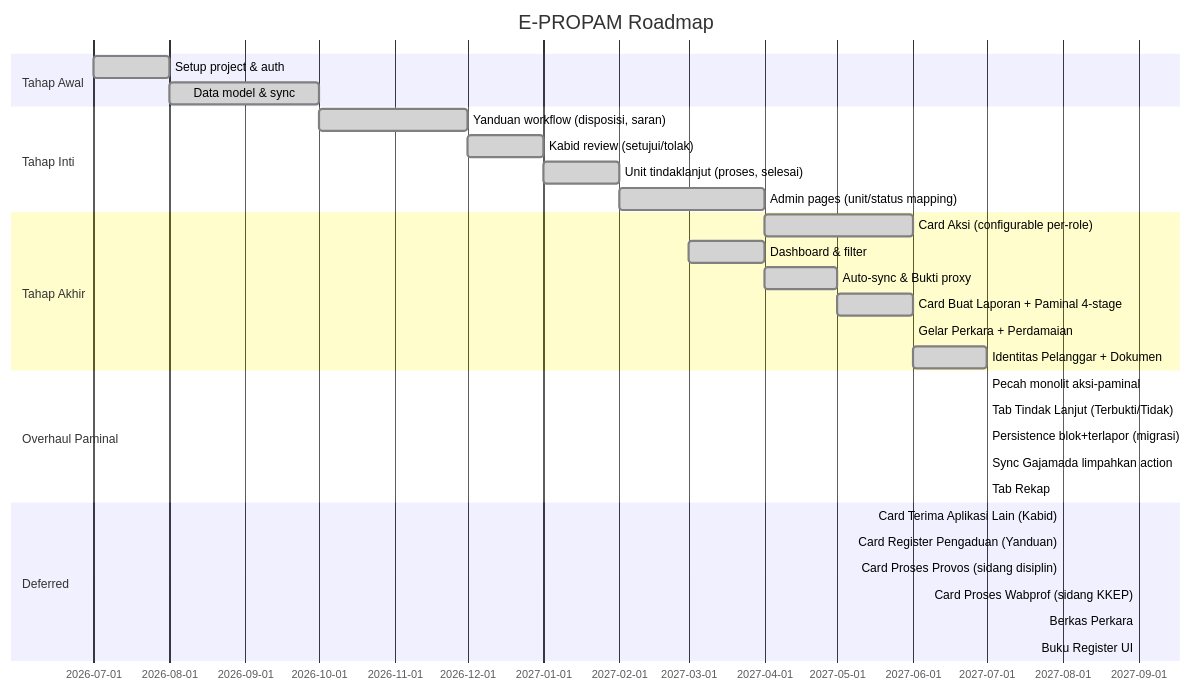
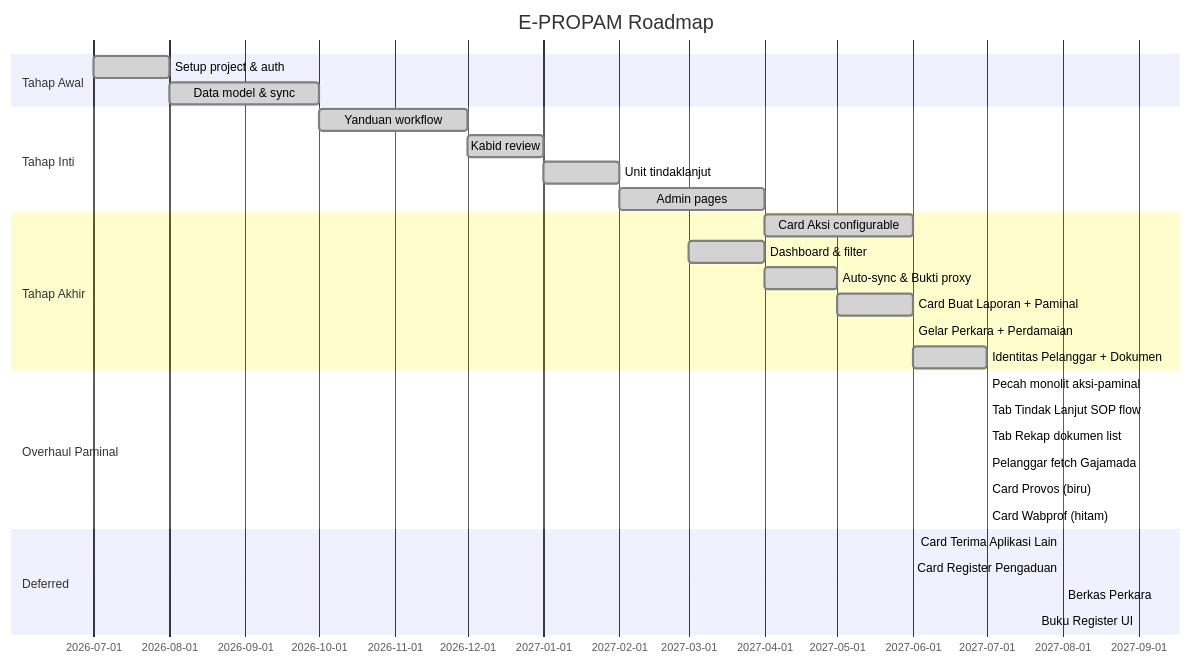
Before and after one commit to Kilodash/e-propam: the diagram in brain/roadmap.md, drawn with Mermaid. The commit also changed other lines of this file and 2 other files, not shown here.

Commit message:
chore: update brain roadmap + paminal overhaul decisions

````diff
--- a/brain/roadmap.md
+++ b/brain/roadmap.md
@@ -21,33 +12,32 @@
 ```mermaid
 gantt
     title E-PROPAM Roadmap
     dateFormat  YYYY-MM
     section Tahap Awal
     Setup project & auth         :done, 2026-07, 2026-08
     Data model & sync            :done, 2026-08, 2026-10
     section Tahap Inti
-    Yanduan workflow (disposisi, saran) :done, 2026-10, 2026-12
-    Kabid review (setujui/tolak)        :done, 2026-12, 2027-01
-    Unit tindaklanjut (proses, selesai) :done, 2027-01, 2027-02
-    Admin pages (unit/status mapping)   :done, 2027-02, 2027-04
+    Yanduan workflow             :done, 2026-10, 2026-12
+    Kabid review                 :done, 2026-12, 2027-01
+    Unit tindaklanjut            :done, 2027-01, 2027-02
+    Admin pages                  :done, 2027-02, 2027-04
     section Tahap Akhir
-    Card Aksi (configurable per-role)   :done, 2027-04, 2027-06
-    Dashboard & filter                  :done, 2027-03, 2027-04
-    Auto-sync & Bukti proxy             :done, 2027-04, 2027-05
-    Card Buat Laporan + Paminal 4-stage :done, 2027-05, 2027-06
-    Gelar Perkara + Perdamaian          :done, 2027-06, 2027-06
-    Identitas Pelanggar + Dokumen       :done, 2027-06, 2027-07
+    Card Aksi configurable       :done, 2027-04, 2027-06
+    Dashboard & filter           :done, 2027-03, 2027-04
+    Auto-sync & Bukti proxy      :done, 2027-04, 2027-05
+    Card Buat Laporan + Paminal  :done, 2027-05, 2027-06
+    Gelar Perkara + Perdamaian   :done, 2027-06, 2027-06
+    Identitas Pelanggar + Dokumen:done, 2027-06, 2027-07
     section Overhaul Paminal
-    Pecah monolit aksi-paminal          :done, 2027-07, 2027-07
-    Tab Tindak Lanjut (Terbukti/Tidak)  :done, 2027-07, 2027-07
-    Persistence blok+terlapor (migrasi) :done, 2027-07, 2027-07
-    Sync Gajamada limpahkan action      :done, 2027-07, 2027-07
-    Tab Rekap                           :done, 2027-07, 2027-07
+    Pecah monolit aksi-paminal   :done, 2027-07, 2027-07
+    Tab Tindak Lanjut SOP flow   :done, 2027-07, 2027-07
+    Tab Rekap dokumen list       :done, 2027-07, 2027-07
+    Pelanggar fetch Gajamada     :done, 2027-07, 2027-07
+    Card Provos (biru)           :active, 2027-07, 2027-07
+    Card Wabprof (hitam)         :active, 2027-07, 2027-07
     section Deferred
-    Card Terima Aplikasi Lain (Kabid)   :pending, 2027-08, 2027-08
-    Card Register Pengaduan (Yanduan)   :pending, 2027-08, 2027-08
-    Card Proses Provos (sidang disiplin):pending, 2027-08, 2027-08
-    Card Proses Wabprof (sidang KKEP)   :pending, 2027-09, 2027-09
-    Berkas Perkara                      :pending, 2027-09, 2027-09
-    Buku Register UI                    :pending, 2027-09, 2027-09
+    Card Terima Aplikasi Lain    :pending, 2027-08, 2027-08
+    Card Register Pengaduan      :pending, 2027-08, 2027-08
+    Berkas Perkara               :pending, 2027-08, 2027-08
+    Buku Register UI             :pending, 2027-09, 2027-09
 ```
````
